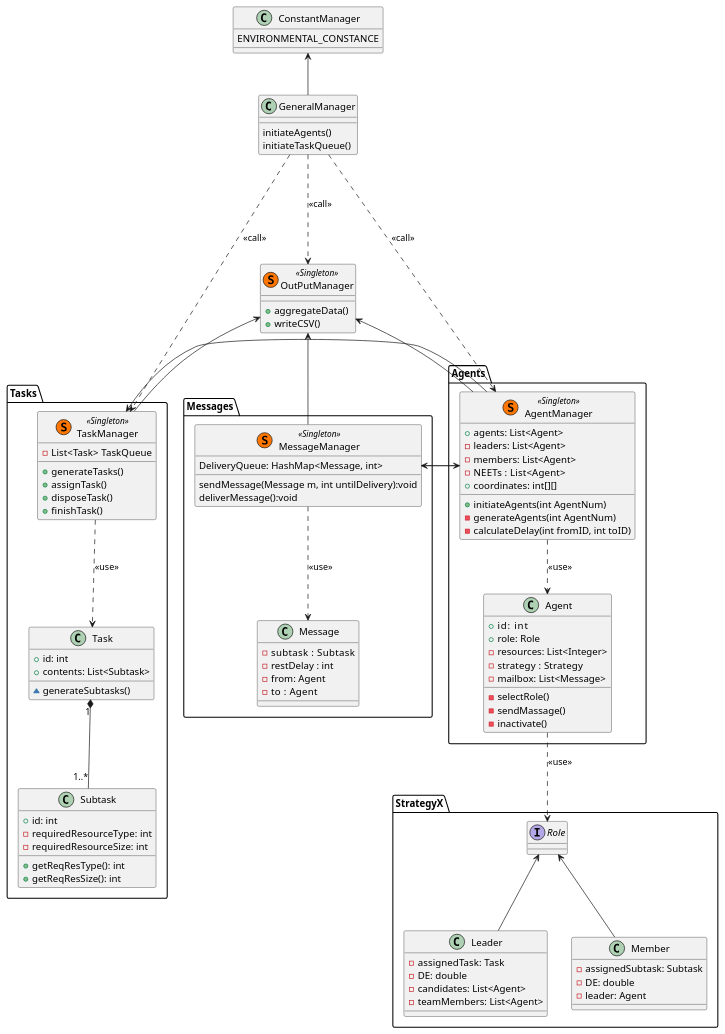
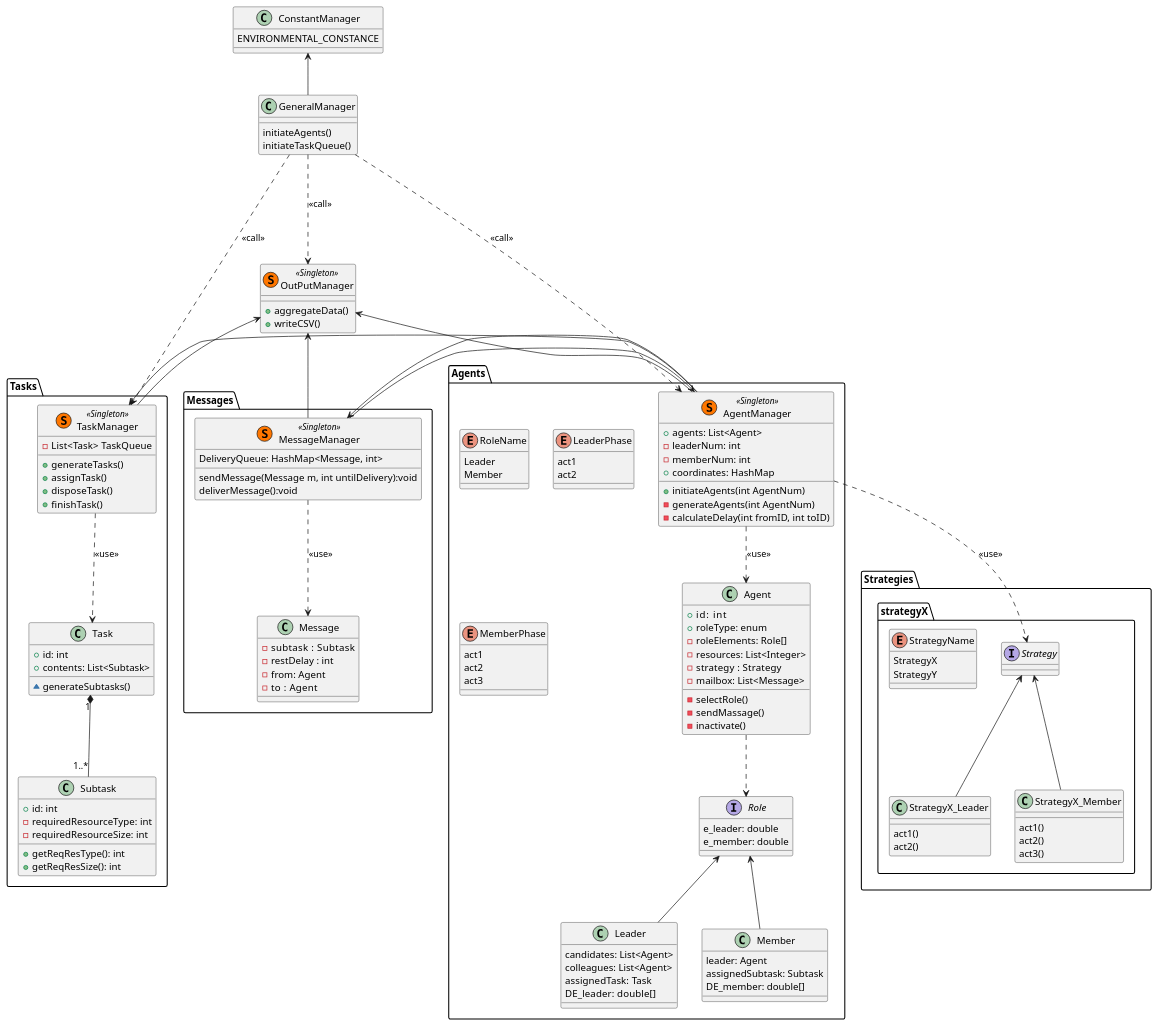
One commit to odds0128/RenewalTaskAllocation changed the diagram in UML/TaskAllocation.puml. Above: the diagram before and after it, drawn with PlantUML. The commit also changed 24 other files, not shown here.

```diff
--- a/UML/TaskAllocation.puml
+++ b/UML/TaskAllocation.puml
@@ -1,127 +1,164 @@
 @startuml
 /'
 各種マネージャはSingletonにする
 '/
 
 GeneralManager  -up-> ConstantManager
 GeneralManager ...> OutPutManager: <<call>>
 
 class ConstantManager{
     ENVIRONMENTAL_CONSTANCE
 }
 
 class GeneralManager{
     initiateAgents()
     initiateTaskQueue()
 }
 
 class OutPutManager <<(S, #FF7700) Singleton>>{
     +aggregateData()
     +writeCSV()
 }
 
 package Agents {
     AgentManager   -up-> OutPutManager
     AgentManager ..> Agent : <<use>>
     GeneralManager ..> AgentManager: <<call>>
+    Leader -up-> Role
+    Member -up-> Role
+    Agent ..> Role
 
     class AgentManager <<(S, #FF7700) Singleton>>{
         +agents: List<Agent>
-        -leaders: List<Agent>
-        -members: List<Agent>
-        -NEETs  : List<Agent>
-        +coordinates: int[][]
+        -leaderNum: int
+        -memberNum: int
+        +coordinates: HashMap
         +initiateAgents(int AgentNum)
         -generateAgents(int AgentNum)
         -calculateDelay(int fromID, int toID)
     }
     class Agent{
         +id:   int
-        +role: Role
+        +roleType: enum
+        -roleElements: Role[]
         -resources: List<Integer>
         -strategy  : Strategy
         -mailbox: List<Message>
         -selectRole()
         -sendMassage()
         -inactivate()
     }
+    interface Role{
+        e_leader: double
+        e_member: double
+    }
+    class Leader{
+        candidates: List<Agent>
+        colleagues: List<Agent>
+        assignedTask: Task
+        DE_leader:  double[]
+    }
+    class Member{
+        leader: Agent
+        assignedSubtask: Subtask
+        DE_member: double[]
+    }
+
+    enum RoleName{
+        Leader
+        Member
+    }
+
+    enum LeaderPhase{
+        act1
+        act2
+    }
+
+    enum MemberPhase{
+        act1
+        act2
+        act3
+    }
+
 }
 
 /'
  packageの単位でStrategyを実装していく
 '/
-package StrategyX{
-    Agent .down.> Role  : <<use>>
-    Leader -up-> Role
-    Member -up-> Role
-    interface Role {
+package Strategies.strategyX{
+    AgentManager .down.> Strategy  : <<use>>
+    StrategyX_Leader -up-> Strategy
+    StrategyX_Member -up-> Strategy
+    interface Strategy {
     }
-    class Leader{
-        -assignedTask: Task
-        -DE: double
-        -candidates: List<Agent>
-        -teamMembers: List<Agent>
+    class StrategyX_Leader{
+        act1()
+        act2()
     }
-    class Member{
-        -assignedSubtask: Subtask
-        -DE: double
-        -leader: Agent
+    class StrategyX_Member{
+        act1()
+        act2()
+        act3()
     }
+    enum StrategyName{
+            StrategyX
+            StrategyY
+        }
 }
 
 package Messages{
     MessageManager -up-> OutPutManager
     MessageManager -> AgentManager
     AgentManager --> MessageManager
 
     MessageManager ..>Message: <<use>>
 
     class MessageManager <<(S, #FF7700) Singleton>>{
         DeliveryQueue: HashMap<Message, int>
         sendMessage(Message m, int untilDelivery):void
         deliverMessage():void
     }
     class Message{
         -subtask   : Subtask
         -restDelay : int
         -from: Agent
         -to  : Agent
     }
 }
 
 
 package Tasks{
     TaskManager -up-> OutPutManager
     GeneralManager ..> TaskManager: <<call>>
     TaskManager  ..> Task  : <<use>>
     AgentManager -> TaskManager
 
     Task "1" *-- "1..*"Subtask
     class TaskManager <<(S, #FF7700) Singleton>>{
         -List<Task> TaskQueue
         +generateTasks()
         +assignTask()
         /'
           AgentManagerはここのdisposeTaskやfinishTaskを呼ぶが，
           そのさらに中からOutPutManagerを読んで集計するようにする
         '/
         +disposeTask()
         +finishTask()
     }
     class Task{
         +id: int
         +contents: List<Subtask>
         ~generateSubtasks()
     }
 
     class Subtask{
         +id: int
         -requiredResourceType: int
         -requiredResourceSize: int
         +getReqResType(): int
         +getReqResSize(): int
     }
 }
 
 
 @enduml
```
